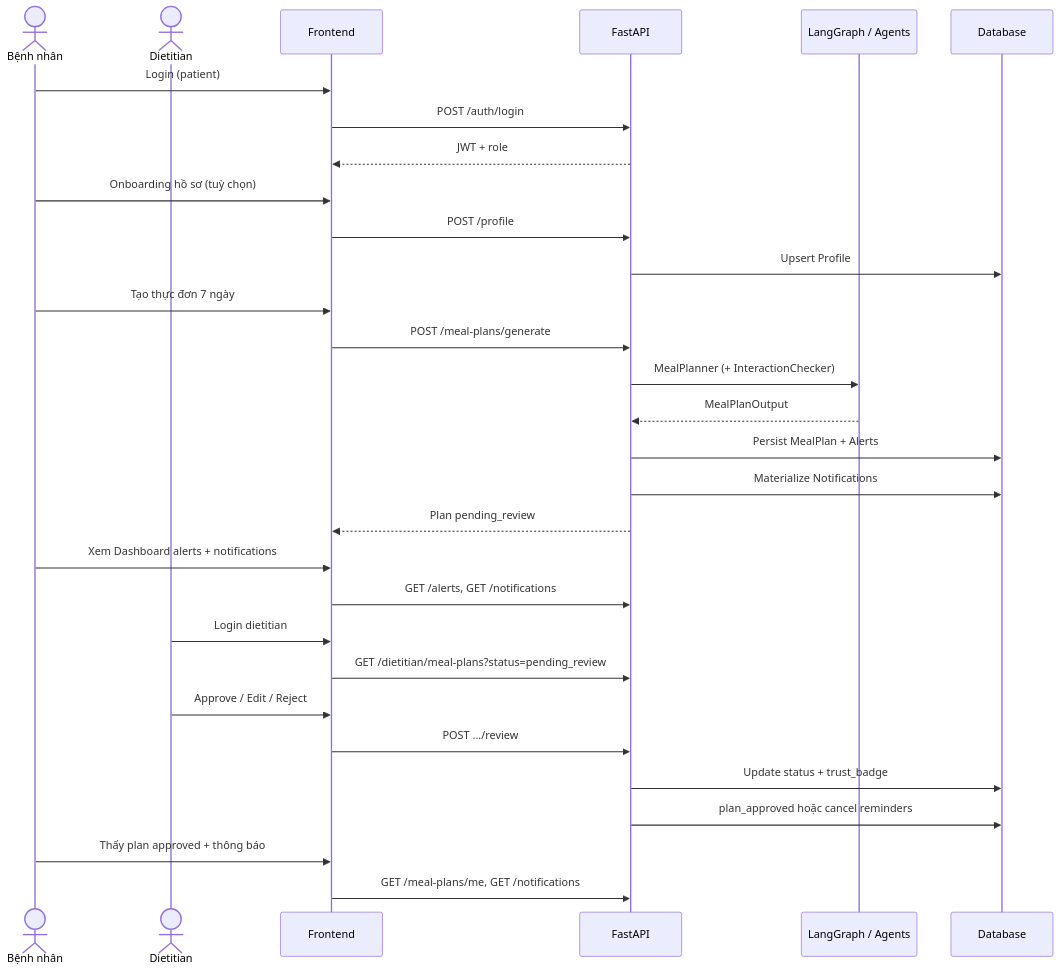
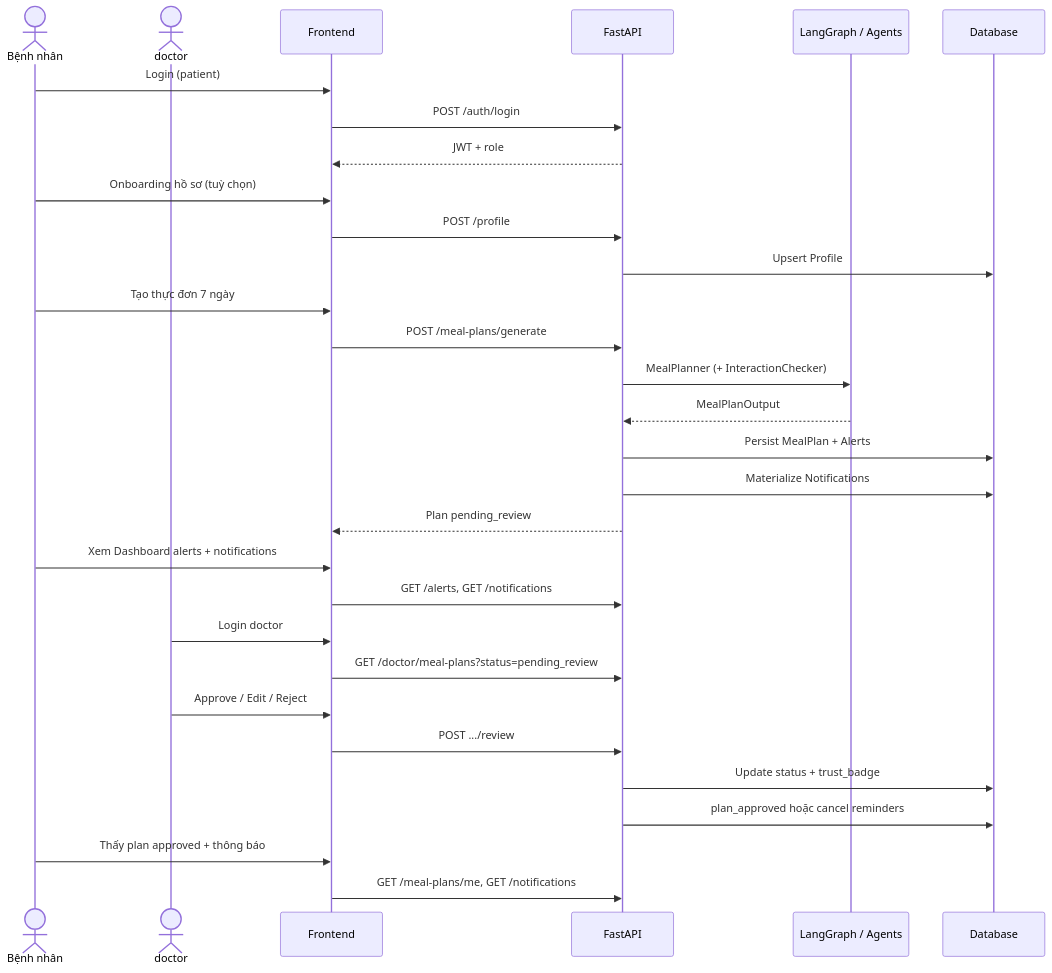
Before and after one commit to anhdotu0912/mohinhhoa: the fourth of 4 diagrams in docs/MO_TA_HE_THONG.md, drawn with Mermaid. The commit also changed other lines of this file and 55 other files, not shown here.

````diff
--- a/docs/MO_TA_HE_THONG.md
+++ b/docs/MO_TA_HE_THONG.md
@@ -361,37 +361,37 @@
 ```mermaid
 sequenceDiagram
     actor BN as Bệnh nhân
-    actor BS as Dietitian
+    actor BS as doctor
     participant FE as Frontend
     participant API as FastAPI
     participant AG as LangGraph / Agents
     participant DB as Database
 
     BN->>FE: Login (patient)
     FE->>API: POST /auth/login
     API-->>FE: JWT + role
     BN->>FE: Onboarding hồ sơ (tuỳ chọn)
     FE->>API: POST /profile
     API->>DB: Upsert Profile
 
     BN->>FE: Tạo thực đơn 7 ngày
     FE->>API: POST /meal-plans/generate
     API->>AG: MealPlanner (+ InteractionChecker)
     AG-->>API: MealPlanOutput
     API->>DB: Persist MealPlan + Alerts
     API->>DB: Materialize Notifications
     API-->>FE: Plan pending_review
 
     BN->>FE: Xem Dashboard alerts + notifications
     FE->>API: GET /alerts, GET /notifications
 
-    BS->>FE: Login dietitian
-    FE->>API: GET /dietitian/meal-plans?status=pending_review
+    BS->>FE: Login doctor
+    FE->>API: GET /doctor/meal-plans?status=pending_review
     BS->>FE: Approve / Edit / Reject
     FE->>API: POST .../review
     API->>DB: Update status + trust_badge
     API->>DB: plan_approved hoặc cancel reminders
 
     BN->>FE: Thấy plan approved + thông báo
     FE->>API: GET /meal-plans/me, GET /notifications
 ```
````
